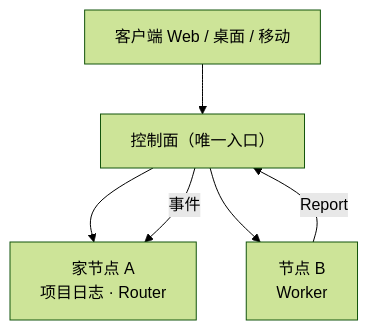
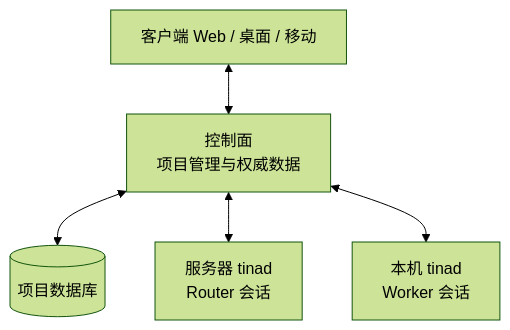
One commit to Cosss7/tina changed the third of 5 diagrams in docs/vision.md. Above: the diagram before and after it, drawn with Mermaid (forest theme). The commit also changed other lines of this file and 2 other files, not shown here.

First line of the commit message:
docs: 明确控制面与 tinad 边界及 Go 迁移计划

````diff
--- a/docs/vision.md
+++ b/docs/vision.md
@@ -608,8 +572,7 @@
 ```mermaid
 flowchart TB
-  C["客户端 Web / 桌面 / 移动"] --> CP["控制面（唯一入口）"]
-  CP --> H["家节点 A<br/>项目日志 · Router"]
-  CP --> W["节点 B<br/>Worker"]
-  W -->|"Report"| CP
-  CP -->|"事件"| H
+  C["客户端 Web / 桌面 / 移动"] <--> CP["控制面<br/>项目管理与权威数据"]
+  CP <--> DB[("项目数据库")]
+  CP <--> R["服务器 tinad<br/>Router 会话"]
+  CP <--> W["本机 tinad<br/>Worker 会话"]
 ```
````
